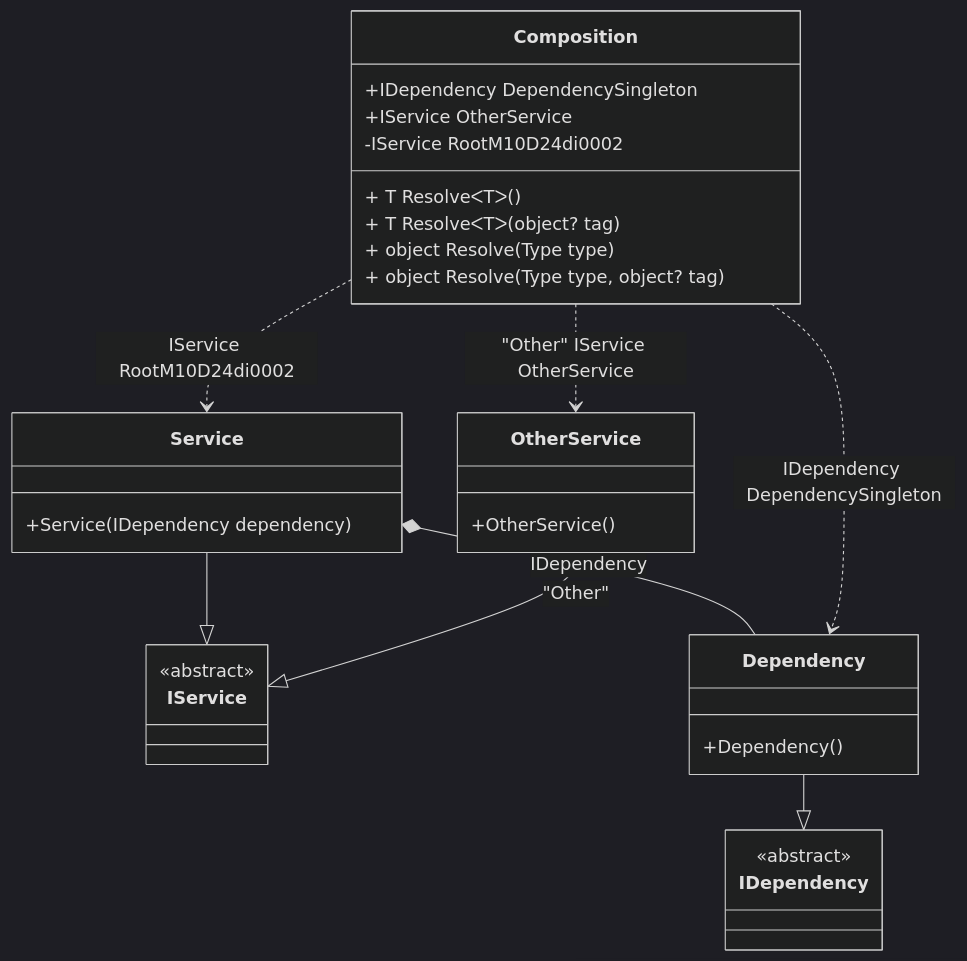
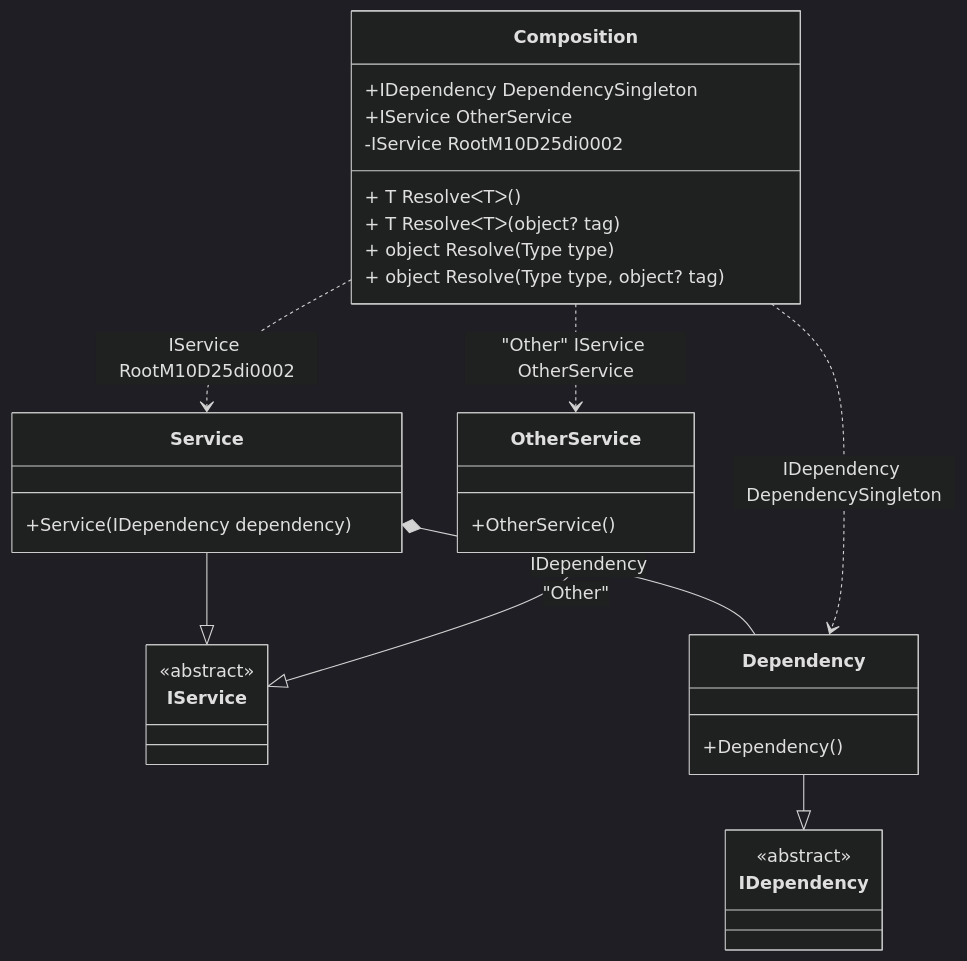
Before and after one commit to DevTeam/Pure.DI: the diagram in readme/resolve-methods.md, drawn with Mermaid (dark theme). The commit also changed other lines of this file and 75 other files, not shown here.

````diff
--- a/readme/resolve-methods.md
+++ b/readme/resolve-methods.md
@@ -47,34 +47,34 @@
 ```mermaid
 classDiagram
   class Composition {
     +IDependency DependencySingleton
     +IService OtherService
-    -IService RootM10D24di0002
+    -IService RootM10D25di0002
     + T ResolveᐸTᐳ()
     + T ResolveᐸTᐳ(object? tag)
     + object Resolve(Type type)
     + object Resolve(Type type, object? tag)
   }
   Service --|> IService : 
   class Service {
     +Service(IDependency dependency)
   }
   Dependency --|> IDependency : 
   class Dependency {
     +Dependency()
   }
   OtherService --|> IService : "Other" 
   class OtherService {
     +OtherService()
   }
   class IService {
     <<abstract>>
   }
   class IDependency {
     <<abstract>>
   }
   Service *--  Dependency : IDependency
   Composition ..> Dependency : IDependency DependencySingleton
-  Composition ..> Service : IService RootM10D24di0002
+  Composition ..> Service : IService RootM10D25di0002
   Composition ..> OtherService : "Other" IService OtherService
 ```
````
